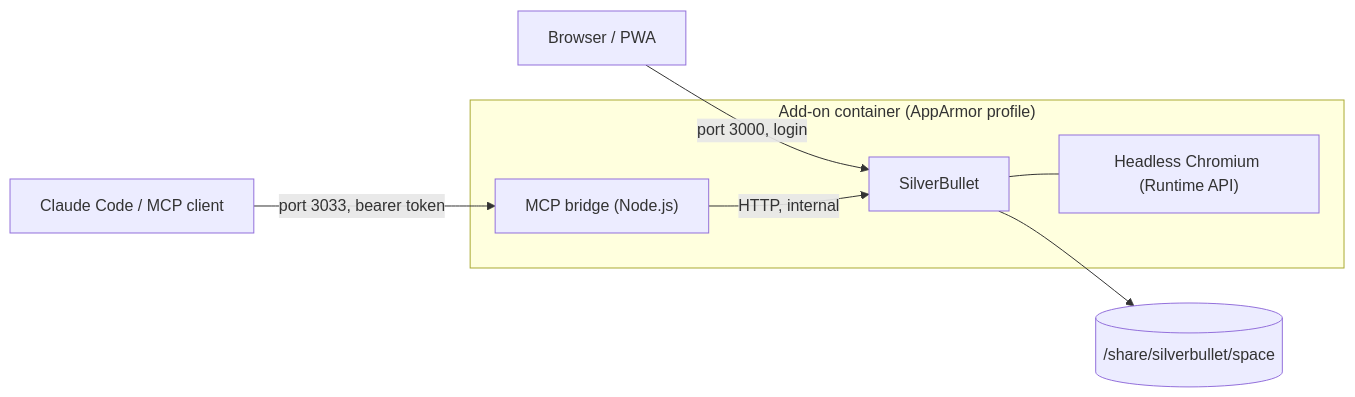
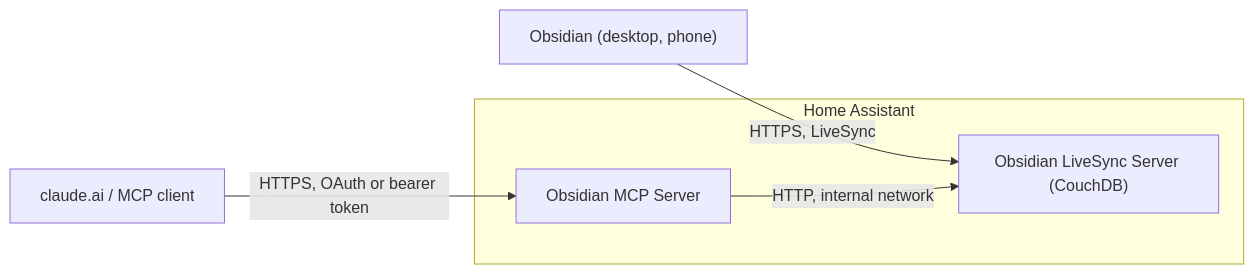
One commit to TigBay/ha-addons changed the diagram in README.md. Above: the diagram before and after it, drawn with Mermaid. The commit also changed other lines of this file and 26 other files, not shown here.

First line of the commit message:
chore!: remove the SilverBullet add-on

````diff
--- a/README.md
+++ b/README.md
@@ -176,10 +28,8 @@
 ```mermaid
 flowchart LR
-    B["Browser / PWA"] -->|"port 3000, login"| SB
-    C["Claude Code / MCP client"] -->|"port 3033, bearer token"| MCP
-    subgraph Container["Add-on container (AppArmor profile)"]
-        MCP["MCP bridge (Node.js)"] -->|"HTTP, internal"| SB["SilverBullet"]
-        SB --- CH["Headless Chromium (Runtime API)"]
+    O["Obsidian (desktop, phone)"] -->|"HTTPS, LiveSync"| DB
+    AI["claude.ai / MCP client"] -->|"HTTPS, OAuth or bearer token"| MCP
+    subgraph HA["Home Assistant"]
+        MCP["Obsidian MCP Server"] -->|"HTTP, internal network"| DB["Obsidian LiveSync Server (CouchDB)"]
     end
-    SB --> SP[("/share/silverbullet/space")]
 ```
````
